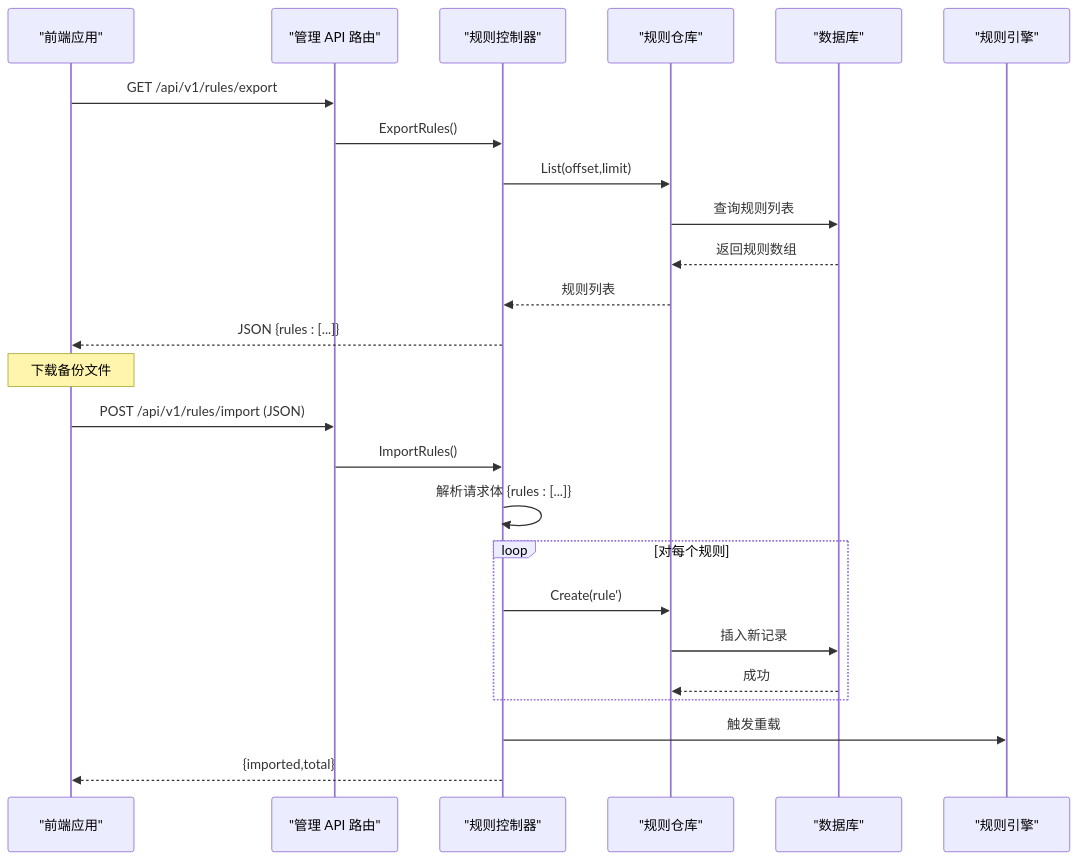
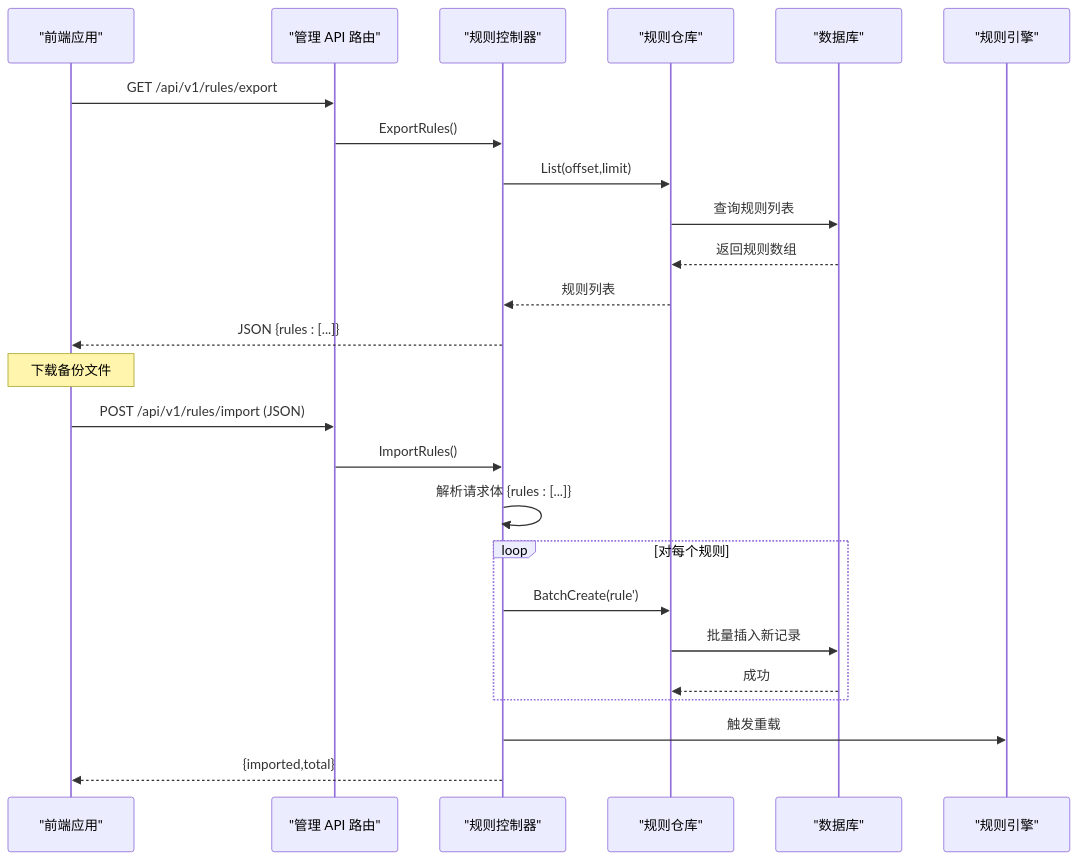
The second of 9 diagrams in docs/管理 API 系统/规则管理 API/规则导入导出.md (x01n/My-OpenWaf), drawn with Mermaid before and after one commit. The commit also changed other lines of this file and 199 other files, not shown here.

````diff
--- a/docs/管理 API 系统/规则管理 API/规则导入导出.md
+++ b/docs/管理 API 系统/规则管理 API/规则导入导出.md
@@ -114,27 +114,27 @@
 ```mermaid
 sequenceDiagram
 participant FE as "前端应用"
 participant API as "管理 API 路由"
 participant CTRL as "规则控制器"
 participant REPO as "规则仓库"
 participant DB as "数据库"
 participant ENG as "规则引擎"
 FE->>API : GET /api/v1/rules/export
 API->>CTRL : ExportRules()
 CTRL->>REPO : List(offset,limit)
 REPO->>DB : 查询规则列表
 DB-->>REPO : 返回规则数组
 REPO-->>CTRL : 规则列表
 CTRL-->>FE : JSON {rules : [...]}
 Note over FE : 下载备份文件
 FE->>API : POST /api/v1/rules/import (JSON)
 API->>CTRL : ImportRules()
 CTRL->>CTRL : 解析请求体 {rules : [...]}
 loop 对每个规则
-CTRL->>REPO : Create(rule')
-REPO->>DB : 插入新记录
+CTRL->>REPO : BatchCreate(rule')
+REPO->>DB : 批量插入新记录
 DB-->>REPO : 成功
 end
 CTRL->>ENG : 触发重载
 CTRL-->>FE : {imported,total}
 ```
````
